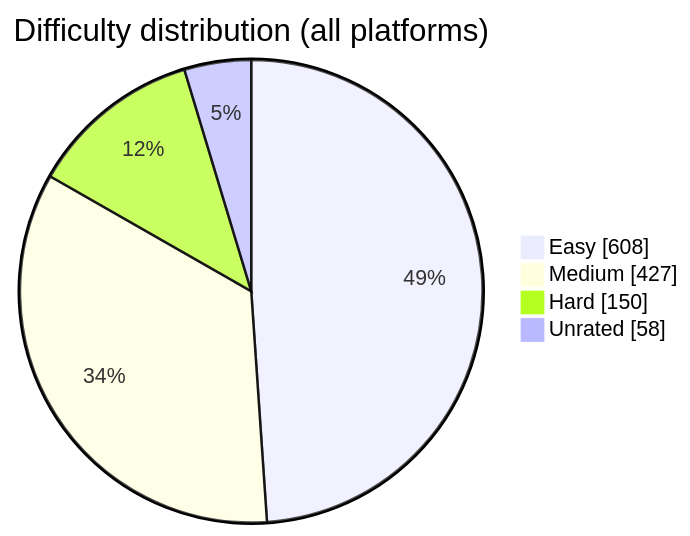
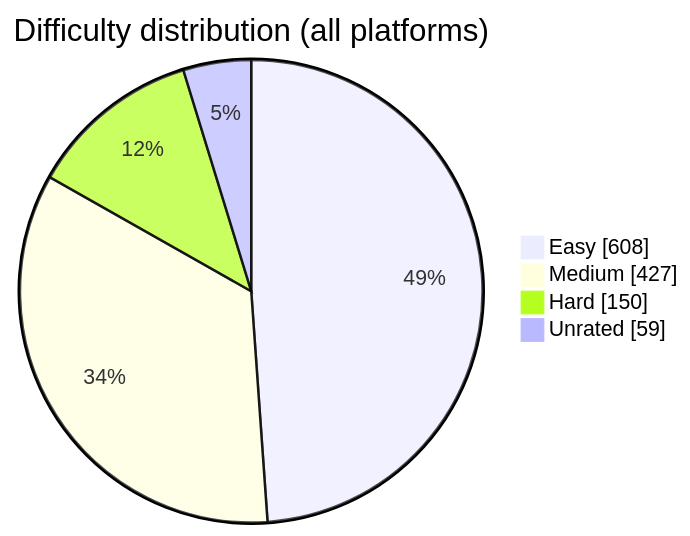
One commit to BuildbyArindam/Daily-Coding-Log changed the diagram in README.md. Above: the diagram before and after it, drawn with Mermaid. The commit also changed other lines of this file, not shown here.

````diff
--- a/README.md
+++ b/README.md
@@ -93,7 +93,7 @@
 ```mermaid
 pie showData title Difficulty distribution (all platforms)
     "Easy" : 608
     "Medium" : 427
     "Hard" : 150
-    "Unrated" : 58
+    "Unrated" : 59
 ```
````
